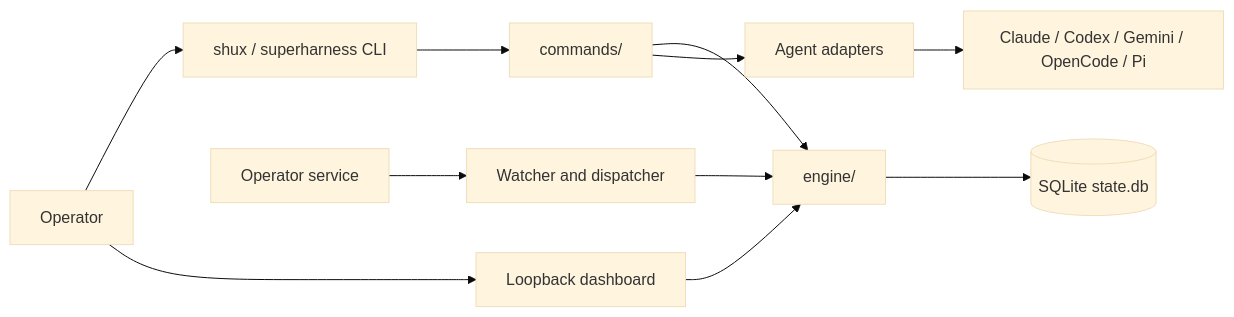
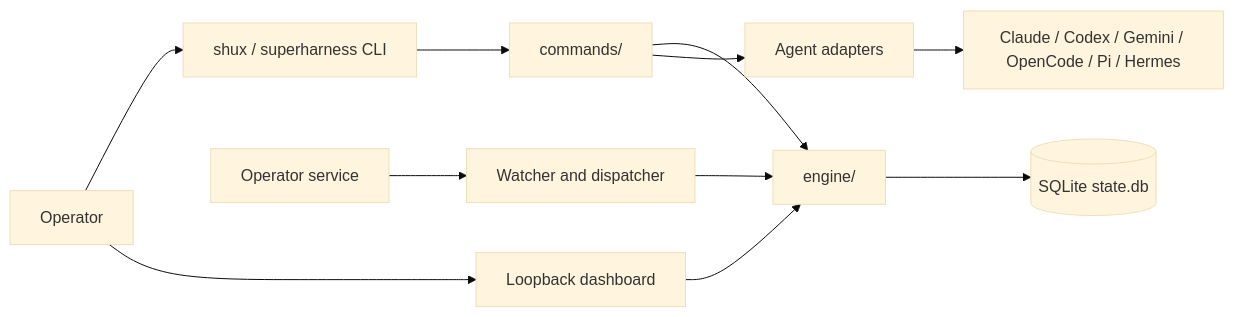
One commit to artificemachine/superharness changed the diagram in docs/ARCHITECTURE.md. Above: the diagram before and after it, drawn with Mermaid (base theme). The commit also changed other lines of this file and 15 other files, not shown here.

````diff
--- a/docs/ARCHITECTURE.md
+++ b/docs/ARCHITECTURE.md
@@ -23,13 +23,13 @@
 ```mermaid
 flowchart LR
     User[Operator] --> CLI[shux / superharness CLI]
     CLI --> Commands[commands/]
     Commands --> Engine[engine/]
     Engine --> DB[(SQLite state.db)]
     Commands --> Adapters[Agent adapters]
-    Adapters --> Agents[Claude / Codex / Gemini / OpenCode / Pi]
+    Adapters --> Agents[Claude / Codex / Gemini / OpenCode / Pi / Hermes]
     Operator[Operator service] --> Watcher[Watcher and dispatcher]
     Watcher --> Engine
     Dashboard[Loopback dashboard] --> Engine
     User --> Dashboard
 ```
````
